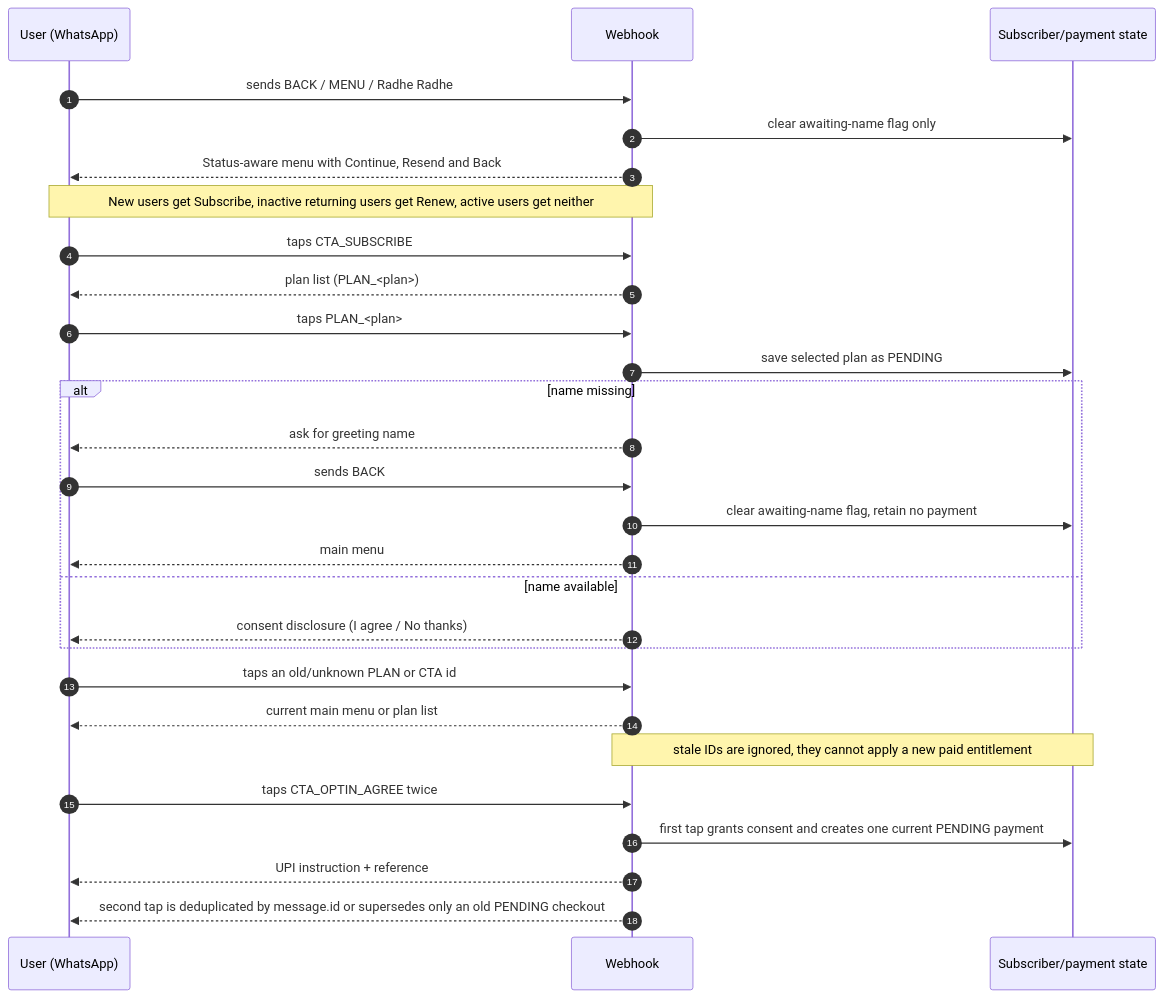
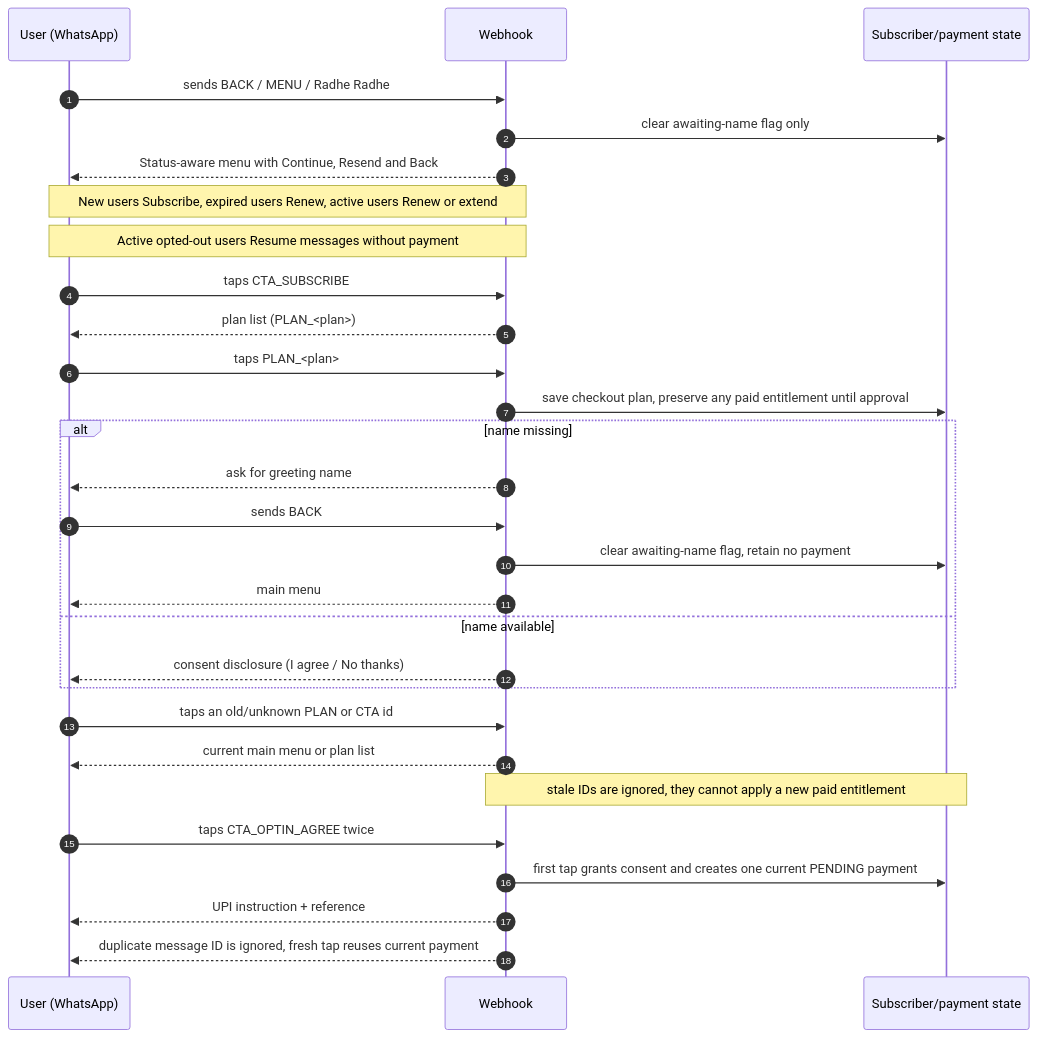
The fourth of 10 diagrams in sequence-diagrams.md (mishnit/daily-darshan), drawn with Mermaid before and after one commit. The commit also changed other lines of this file and 7 other files, not shown here.

````diff
--- a/sequence-diagrams.md
+++ b/sequence-diagrams.md
@@ -208,34 +208,35 @@
 ```mermaid
 sequenceDiagram
     autonumber
     participant User as User (WhatsApp)
     participant Web as Webhook
     participant State as Subscriber/payment state
 
     User->>Web: sends BACK / MENU / Radhe Radhe
     Web->>State: clear awaiting-name flag only
     Web-->>User: Status-aware menu with Continue, Resend and Back
-    Note over Web,User: New users get Subscribe, inactive returning users get Renew, active users get neither
+    Note over Web,User: New users Subscribe, expired users Renew, active users Renew or extend
+    Note over Web,User: Active opted-out users Resume messages without payment
 
     User->>Web: taps CTA_SUBSCRIBE
     Web-->>User: plan list (PLAN_<plan>)
     User->>Web: taps PLAN_<plan>
-    Web->>State: save selected plan as PENDING
+    Web->>State: save checkout plan, preserve any paid entitlement until approval
     alt name missing
         Web-->>User: ask for greeting name
         User->>Web: sends BACK
         Web->>State: clear awaiting-name flag, retain no payment
         Web-->>User: main menu
     else name available
         Web-->>User: consent disclosure (I agree / No thanks)
     end
 
     User->>Web: taps an old/unknown PLAN or CTA id
     Web-->>User: current main menu or plan list
     Note over Web,State: stale IDs are ignored, they cannot apply a new paid entitlement
 
     User->>Web: taps CTA_OPTIN_AGREE twice
     Web->>State: first tap grants consent and creates one current PENDING payment
     Web-->>User: UPI instruction + reference
-    Web-->>User: second tap is deduplicated by message.id or supersedes only an old PENDING checkout
+    Web-->>User: duplicate message ID is ignored, fresh tap reuses current payment
 ```
````
